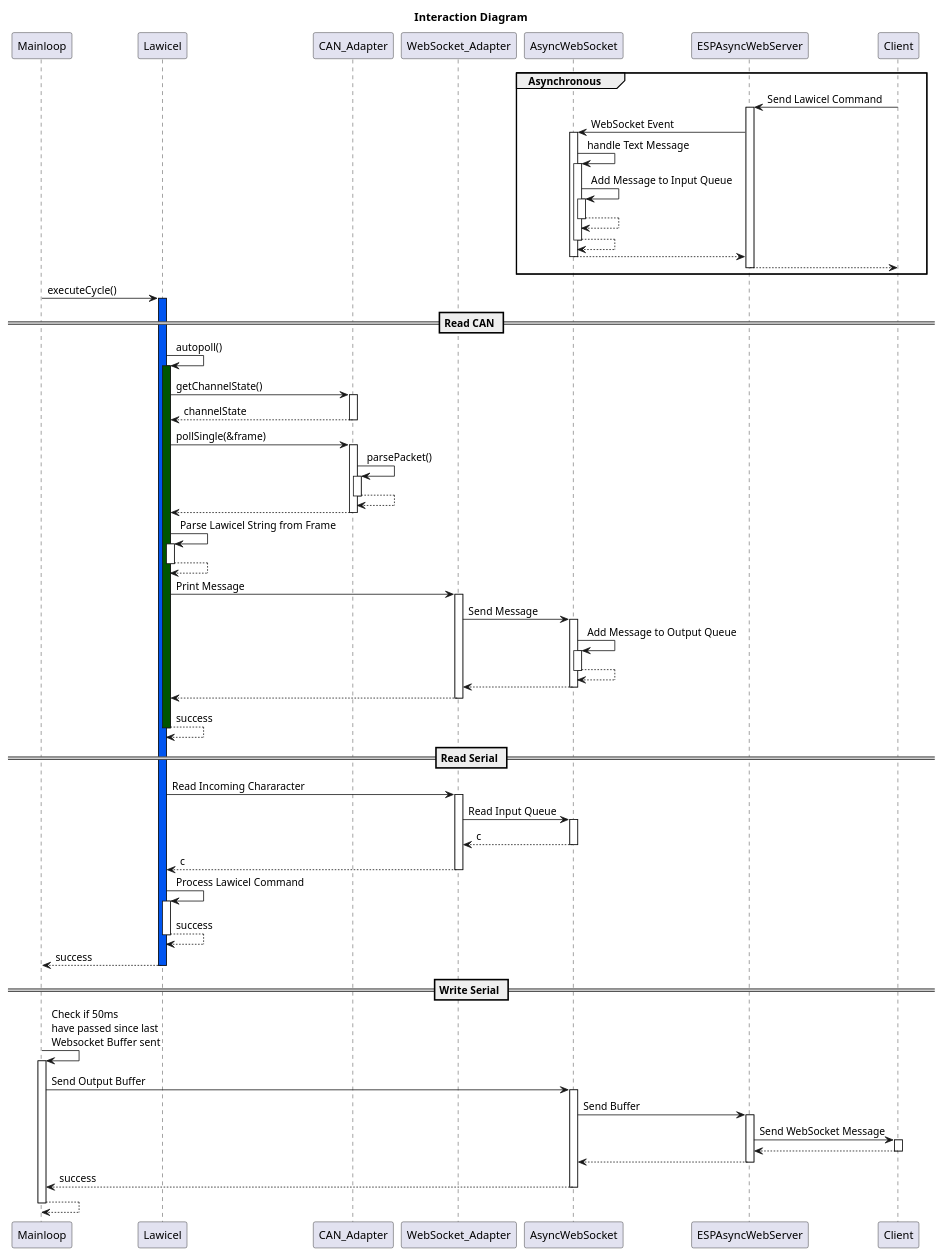
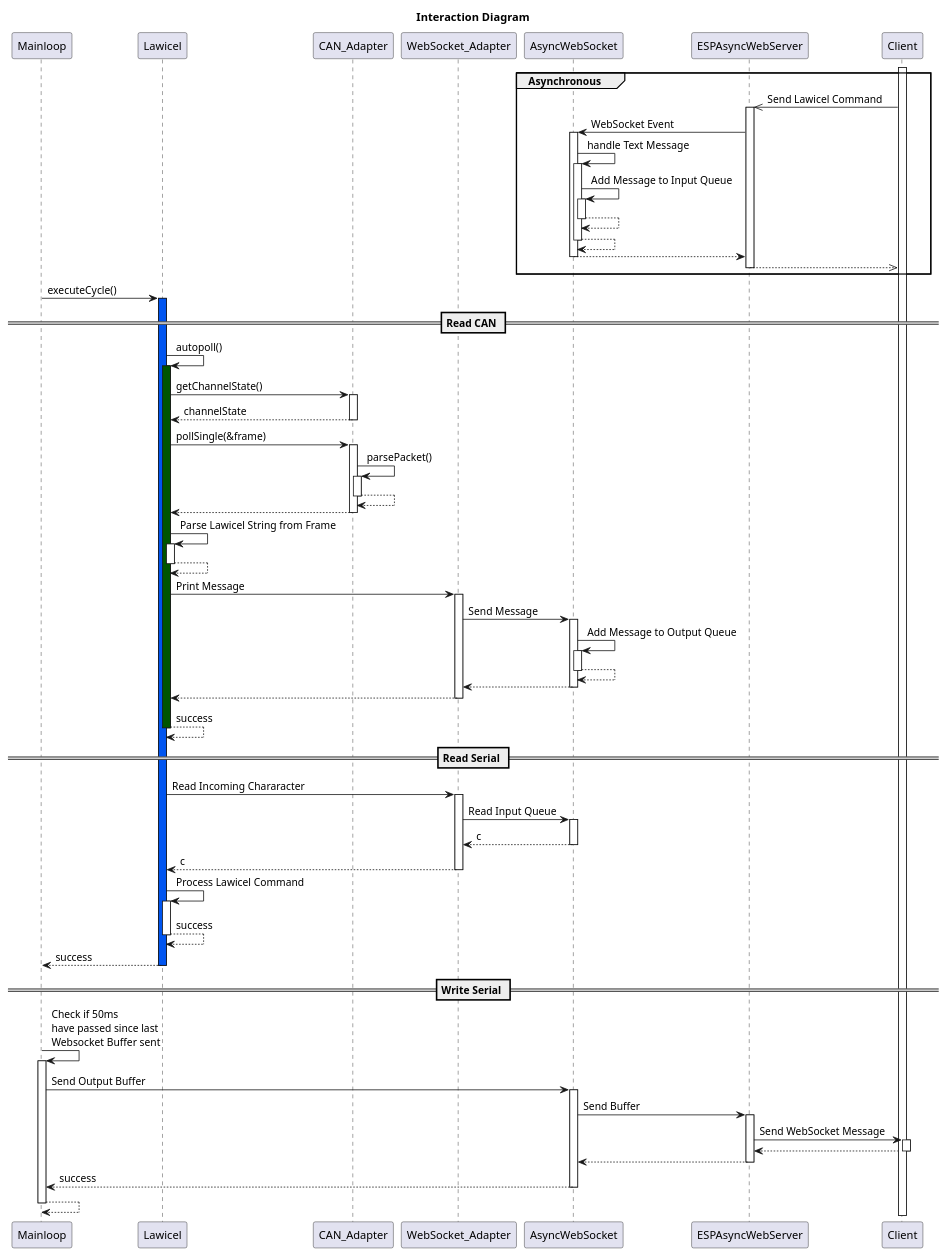
The diagram in Coding/fw/doc/design/Interactions Diagram.plantuml (NewTec-GmbH/esp32-can-iot), drawn with PlantUML before and after one commit.

Commit message:
Changed Asynchron Arrow for Client in interactions diagram

```diff
--- a/Coding/fw/doc/design/Interactions Diagram.plantuml
+++ b/Coding/fw/doc/design/Interactions Diagram.plantuml
@@ -1,71 +1,72 @@
 @startuml
 
 Title Interaction Diagram
 
 autoactivate on
 
 participant Mainloop
 participant Lawicel
 participant CAN_Adapter as m_selectedCAN
 participant WebSocket_Adapter as m_selectedSerial
 participant AsyncWebSocket
 participant ESPAsyncWebServer as Server
 participant Client
+activate Client
 
 
 group Asynchronous
-    Client -> Server : Send Lawicel Command
+    Client ->> Server : Send Lawicel Command
     Server -> AsyncWebSocket : WebSocket Event
     AsyncWebSocket -> AsyncWebSocket : handle Text Message
     AsyncWebSocket -> AsyncWebSocket : Add Message to Input Queue
     return
     return
     return
     return
 end
 
 Mainloop -> Lawicel #0055F0: executeCycle()
 
 == Read CAN ==
 
 Lawicel -> Lawicel #005500 : autopoll()
 Lawicel -> m_selectedCAN : getChannelState()
 return channelState
 Lawicel -> m_selectedCAN : pollSingle(&frame)
 m_selectedCAN -> m_selectedCAN  : parsePacket()
 return
 return
 Lawicel -> Lawicel : Parse Lawicel String from Frame
 return
 Lawicel -> m_selectedSerial : Print Message
 m_selectedSerial -> AsyncWebSocket : Send Message
 AsyncWebSocket -> AsyncWebSocket : Add Message to Output Queue
 return
 return
 return
 return success
 
 
 
 == Read Serial ==
 
 Lawicel -> m_selectedSerial : Read Incoming Chararacter
 m_selectedSerial -> AsyncWebSocket : Read Input Queue
 return c 
 return c
 Lawicel -> Lawicel : Process Lawicel Command
 return success
 return success
 
 == Write Serial ==
 
 Mainloop -> Mainloop : Check if 50ms \nhave passed since last \nWebsocket Buffer sent
 Mainloop -> AsyncWebSocket : Send Output Buffer
 AsyncWebSocket -> Server : Send Buffer
 Server -> Client : Send WebSocket Message
 return
 return
 return success
 return
 
 @enduml
```
